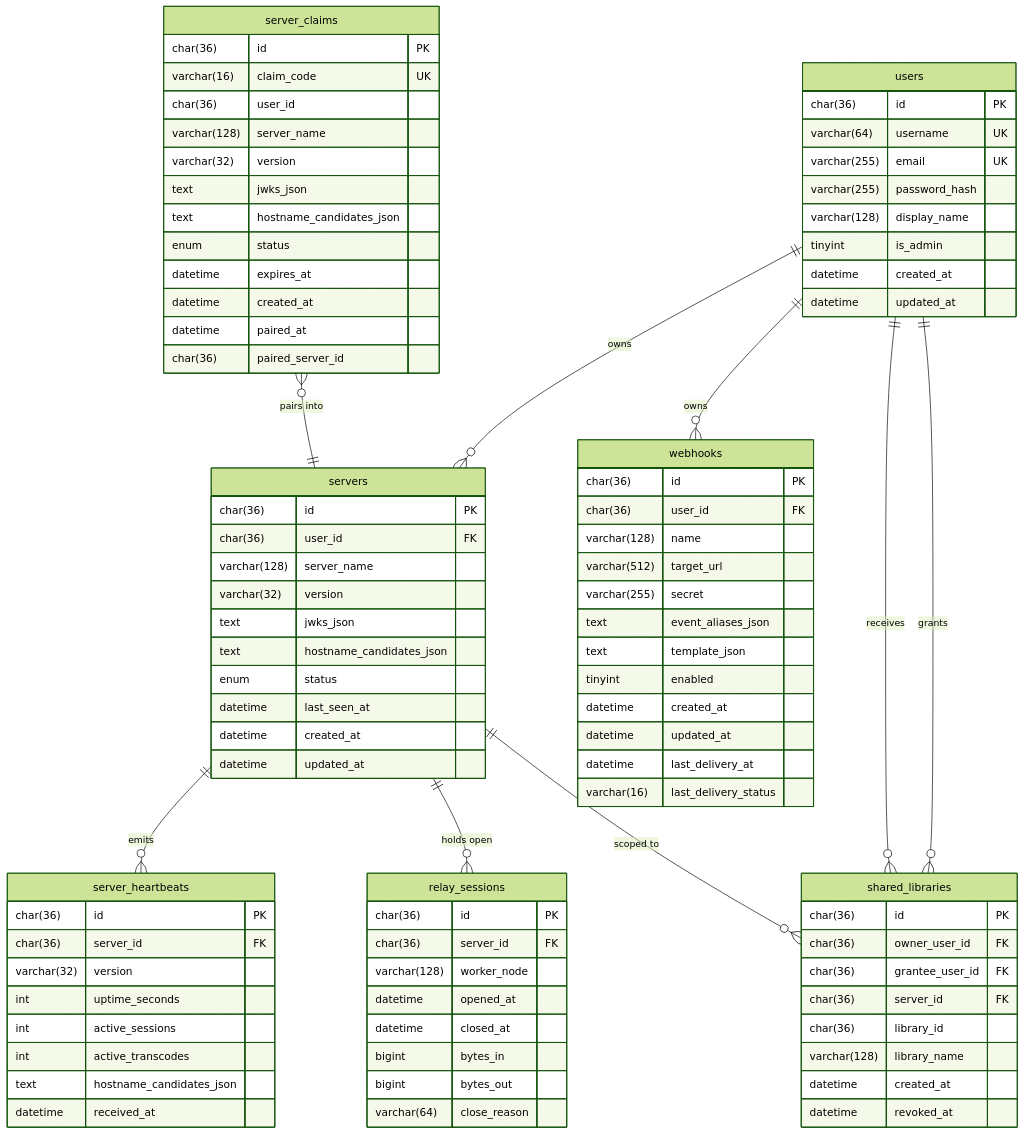
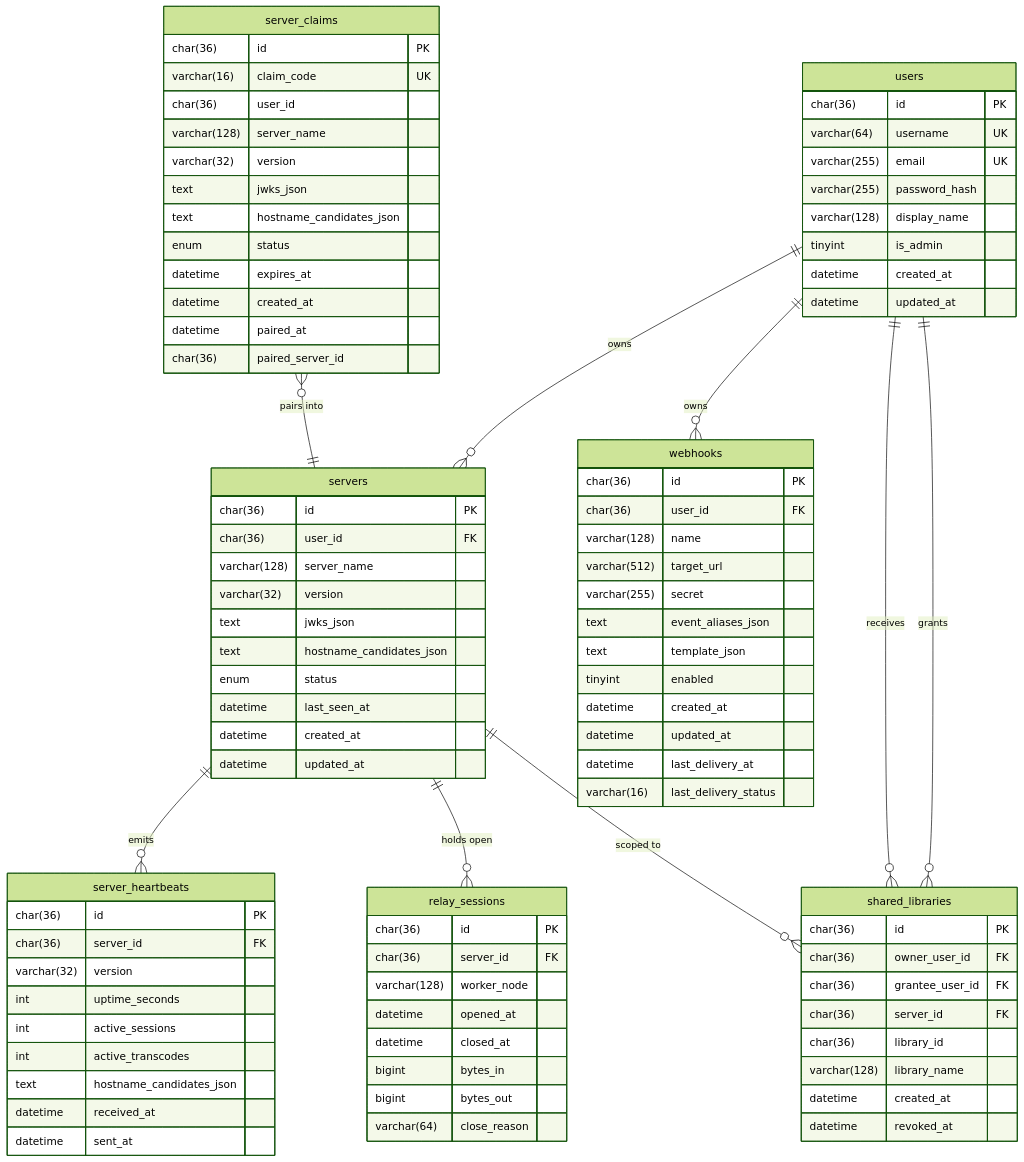
The diagram in docs/dev/schema.md (detain/phlix-hub), drawn with Mermaid (forest theme) before and after one commit. The commit also changed other lines of this file and 4 other files, not shown here.

```diff
--- a/docs/dev/schema.md
+++ b/docs/dev/schema.md
@@ -77,6 +77,7 @@
         int          active_transcodes
         text         hostname_candidates_json
         datetime     received_at
+        datetime     sent_at
     }
 
     shared_libraries {
```
